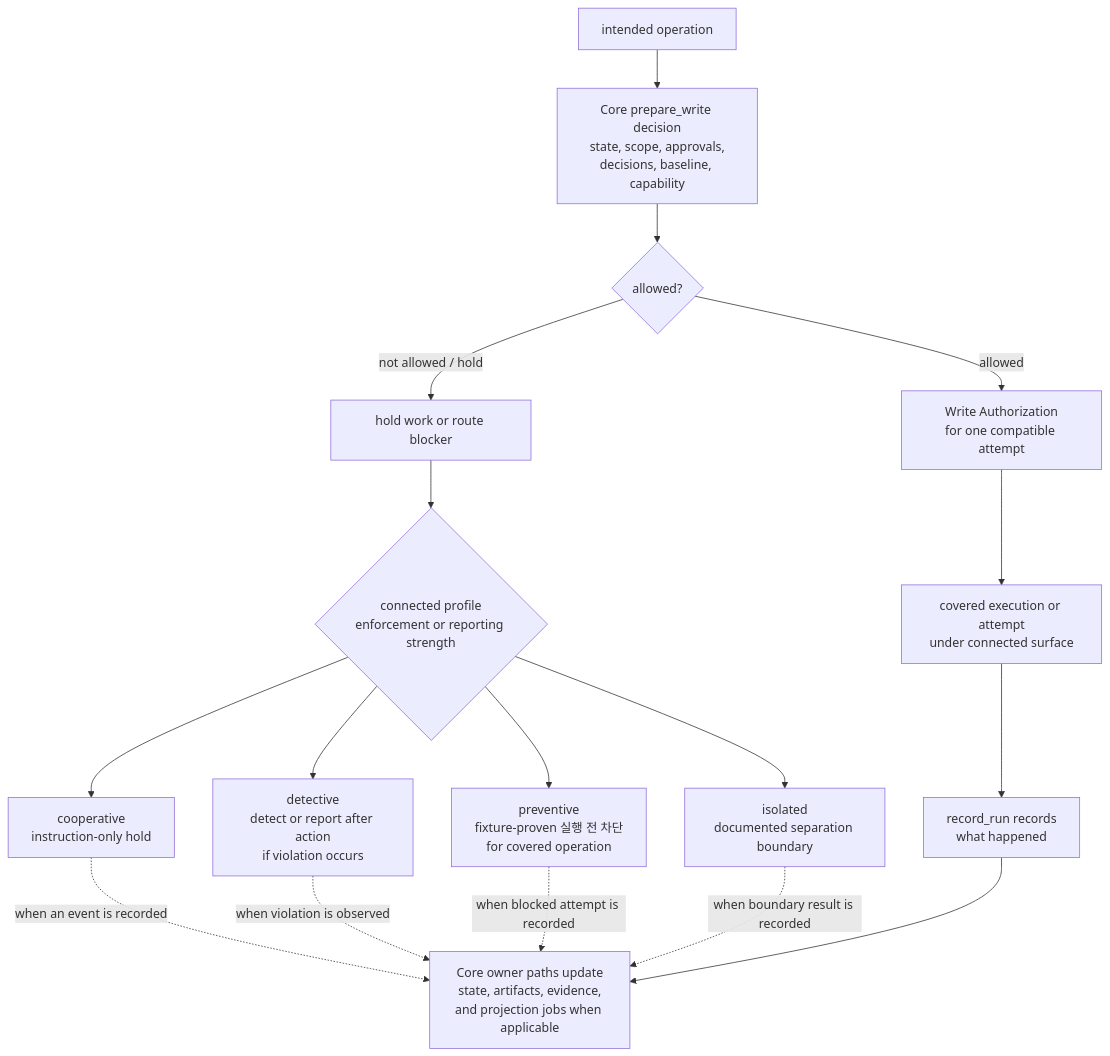
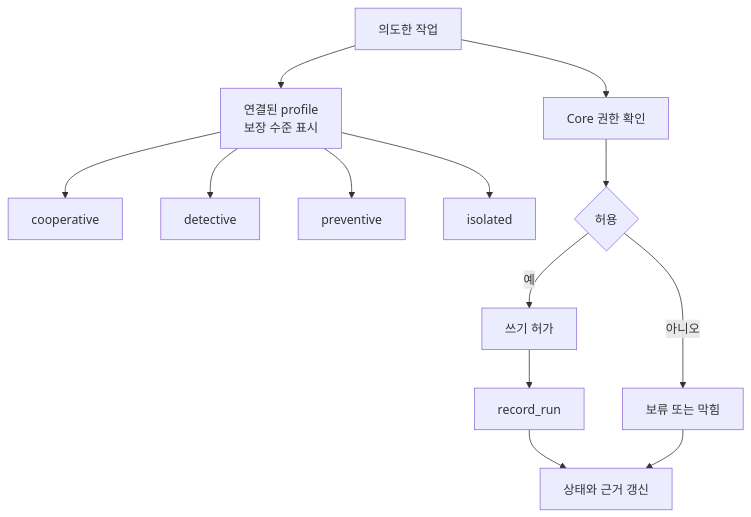
The second of 2 diagrams in docs/ko/reference/runtime-architecture.md (minjungw00/Volicord), drawn with Mermaid before and after one commit. The commit also changed other lines of this file and 11 other files, not shown here.

Commit message:
docs: refresh diagrams for clarified harness flows

````diff
--- a/docs/ko/reference/runtime-architecture.md
+++ b/docs/ko/reference/runtime-architecture.md
@@ -340,19 +340,15 @@
 ```mermaid
 flowchart TB
-  Operation["intended operation"] --> Core["Core prepare_write decision<br/>state, scope, approvals,<br/>decisions, baseline, capability"]
-  Core --> Decision{"allowed?"}
-  Decision -->|allowed| Authorization["Write Authorization<br/>for one compatible attempt"]
-  Authorization --> Attempt["covered execution or attempt<br/>under connected surface"]
-  Attempt --> Run["record_run records<br/>what happened"]
-  Decision -->|not allowed / hold| Hold["hold work or route blocker"]
-  Hold --> Profile{"connected profile<br/>enforcement or reporting strength"}
-  Profile --> Cooperative["cooperative<br/>instruction-only hold"]
-  Profile --> Detective["detective<br/>detect or report after action<br/>if violation occurs"]
-  Profile --> Preventive["preventive<br/>fixture-proven 실행 전 차단<br/>for covered operation"]
-  Profile --> Isolated["isolated<br/>documented separation boundary"]
-  Cooperative -. "when an event is recorded" .-> OwnerPaths
-  Detective -. "when violation is observed" .-> OwnerPaths
-  Preventive -. "when blocked attempt is recorded" .-> OwnerPaths
-  Isolated -. "when boundary result is recorded" .-> OwnerPaths
-  Run --> OwnerPaths["Core owner paths update<br/>state, artifacts, evidence,<br/>and projection jobs when applicable"]
+  Operation["의도한 작업"] --> Profile["연결된 profile<br/>보장 수준 표시"]
+  Profile --> Cooperative["cooperative"]
+  Profile --> Detective["detective"]
+  Profile --> Preventive["preventive"]
+  Profile --> Isolated["isolated"]
+  Operation --> Core["Core 권한 확인"]
+  Core --> Decision{"허용"}
+  Decision -->|예| Authorization["쓰기 허가"]
+  Authorization --> Run["record_run"]
+  Run --> Owner["상태와 근거 갱신"]
+  Decision -->|아니오| Blocker["보류 또는 막힘"]
+  Blocker --> Owner
 ```
````
